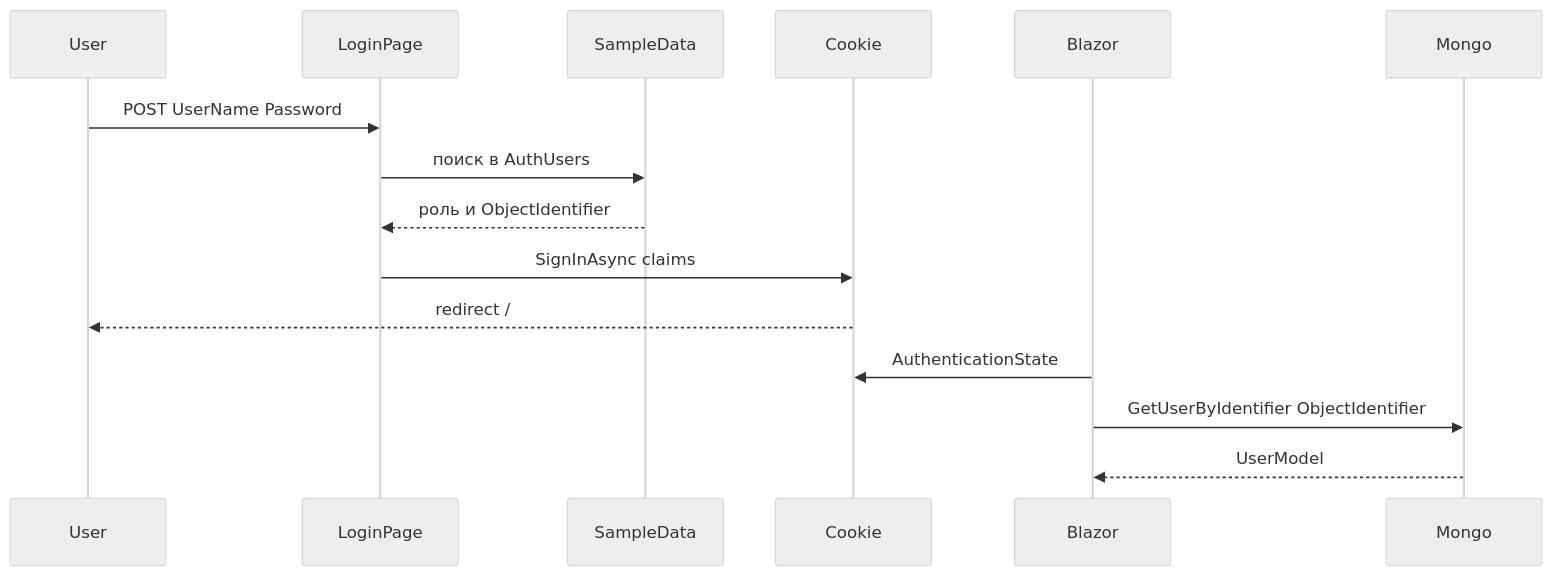
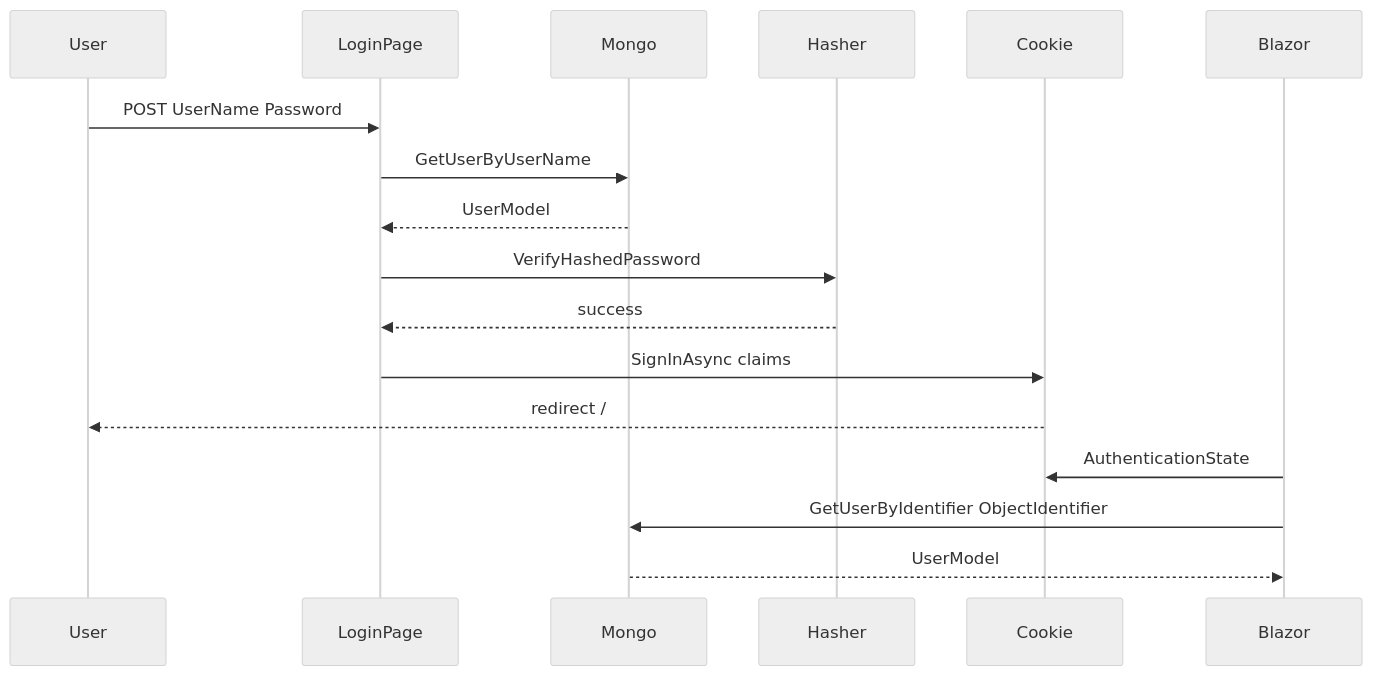
Before and after one commit to Ramilxp2010/QuestionApp: the first of 2 diagrams in docs/ARCHITECTURE.md, drawn with Mermaid (neutral theme). The commit also changed other lines of this file and 31 other files, not shown here.

````diff
--- a/docs/ARCHITECTURE.md
+++ b/docs/ARCHITECTURE.md
@@ -36,18 +38,20 @@
 ```mermaid
 sequenceDiagram
   participant User
   participant LoginPage
-  participant SampleData
+  participant Mongo
+  participant Hasher
   participant Cookie
   participant Blazor
-  participant Mongo
 
   User->>LoginPage: POST UserName Password
-  LoginPage->>SampleData: поиск в AuthUsers
-  SampleData-->>LoginPage: роль и ObjectIdentifier
+  LoginPage->>Mongo: GetUserByUserName
+  Mongo-->>LoginPage: UserModel
+  LoginPage->>Hasher: VerifyHashedPassword
+  Hasher-->>LoginPage: success
   LoginPage->>Cookie: SignInAsync claims
   Cookie-->>User: redirect /
   Blazor->>Cookie: AuthenticationState
   Blazor->>Mongo: GetUserByIdentifier ObjectIdentifier
   Mongo-->>Blazor: UserModel
 ```
````
